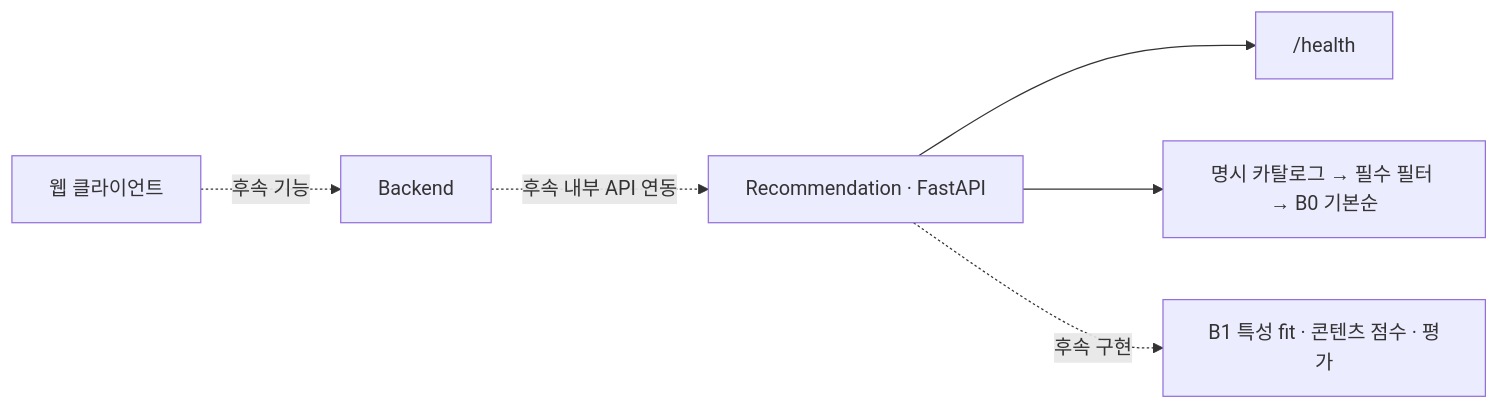
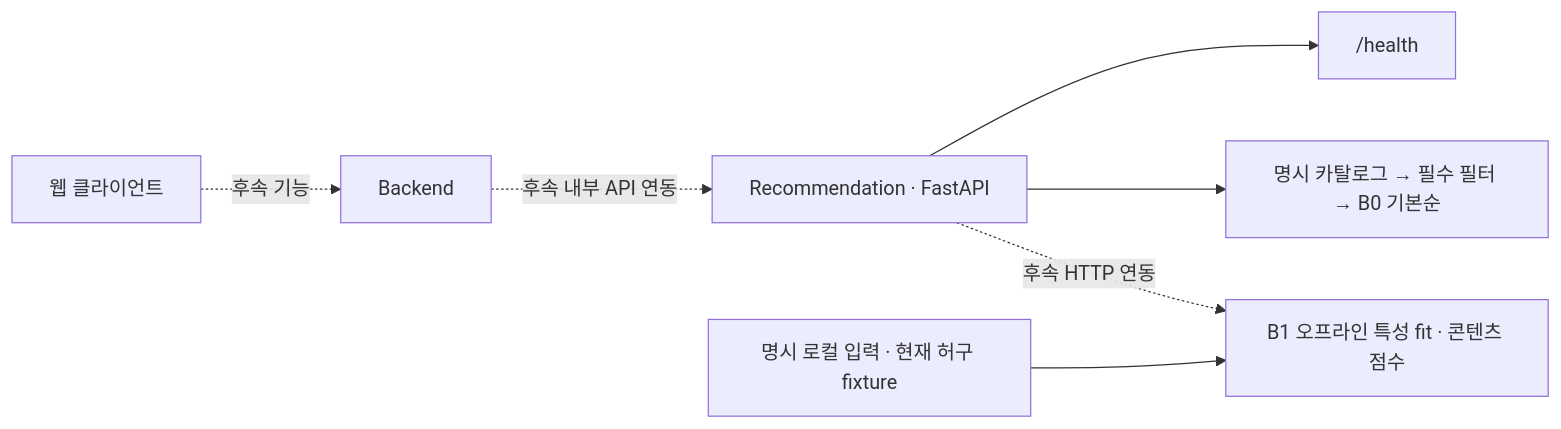
One commit to Pubburi/Recommendation changed the diagram in README.md. Above: the diagram before and after it, drawn with Mermaid. The commit also changed other lines of this file and 16 other files, not shown here.

```diff
--- a/README.md
+++ b/README.md
@@ -62,8 +64,9 @@
 ~~~mermaid
 flowchart LR
     Web["웹 클라이언트"] -. "후속 기능" .-> Backend["Backend"]
     Backend -. "후속 내부 API 연동" .-> API["Recommendation · FastAPI"]
     API --> Health["/health"]
     API --> Baseline["명시 카탈로그 → 필수 필터 → B0 기본순"]
-    API -. "후속 구현" .-> Model["B1 특성 fit · 콘텐츠 점수 · 평가"]
+    API -. "후속 HTTP 연동" .-> Model["B1 오프라인 특성 fit · 콘텐츠 점수"]
+    Fixture["명시 로컬 입력 · 현재 허구 fixture"] --> Model
 ~~~
```
